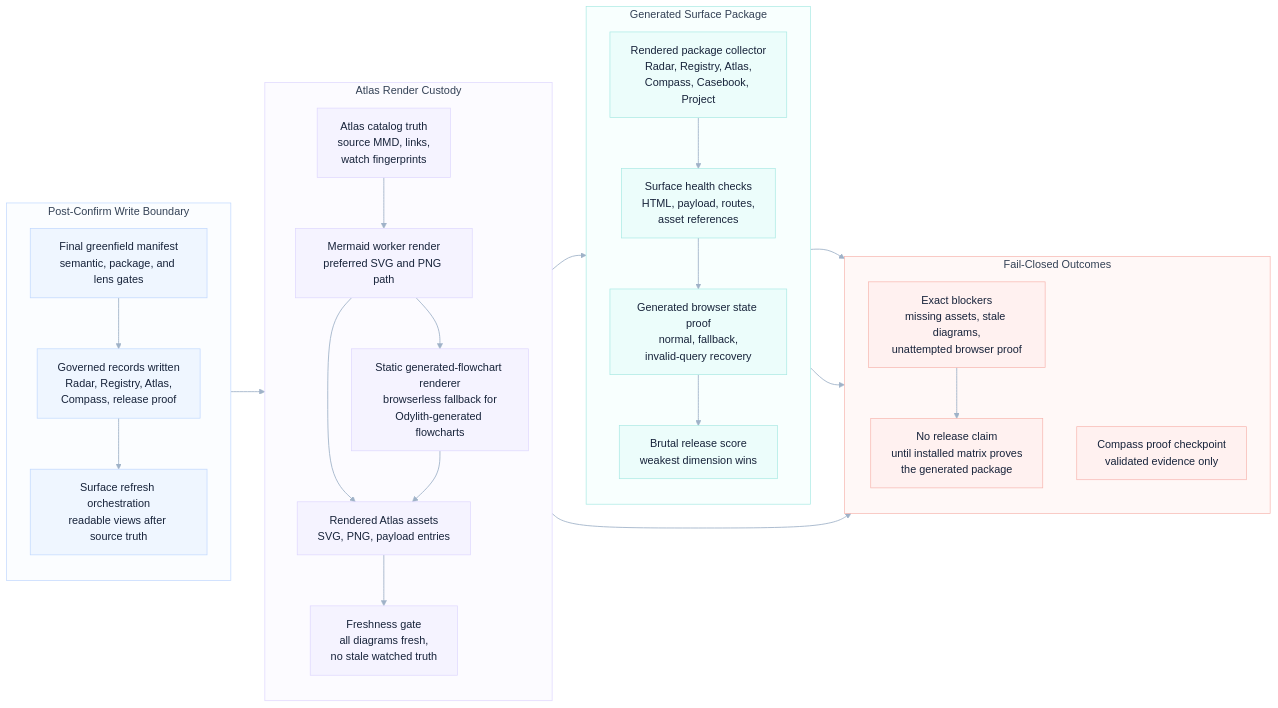
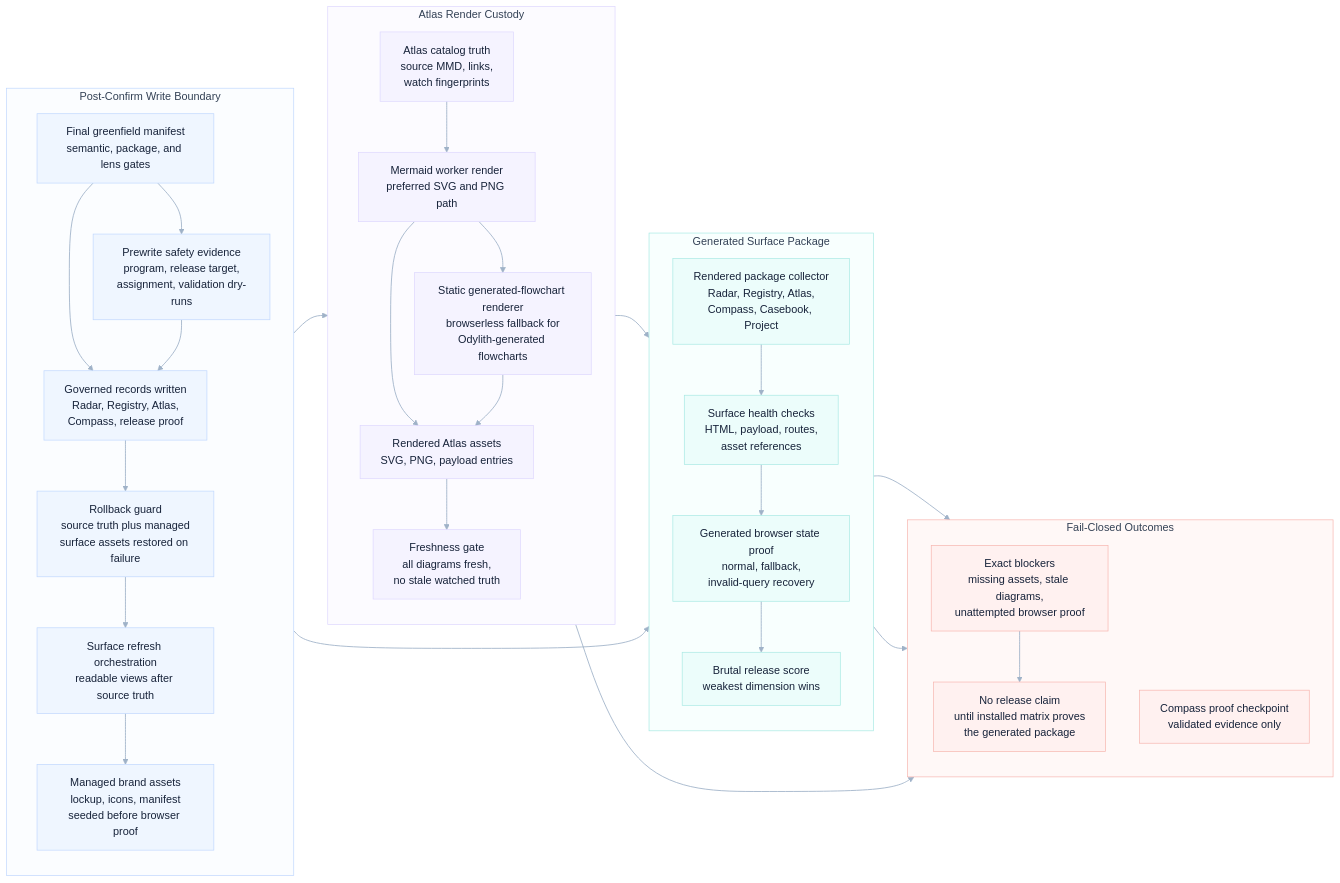
Before and after one commit to odylith/odylith: the diagram in odylith/atlas/source/greenfield-rendered-surface-and-static-atlas-custody.mmd, drawn with Mermaid (forest theme). The commit also changed 96 other files, not shown here.

```diff
--- a/odylith/atlas/source/greenfield-rendered-surface-and-static-atlas-custody.mmd
+++ b/odylith/atlas/source/greenfield-rendered-surface-and-static-atlas-custody.mmd
@@ -1,63 +1,71 @@
 flowchart LR
     subgraph write_lane["Post-Confirm Write Boundary"]
       direction TB
       final_manifest["Final greenfield manifest<br/>semantic, package, and lens gates"]
+      prewrite_safety["Prewrite safety evidence<br/>program, release target,<br/>assignment, validation dry-runs"]
       governed_write["Governed records written<br/>Radar, Registry, Atlas,<br/>Compass, release proof"]
+      rollback_guard["Rollback guard<br/>source truth plus managed<br/>surface assets restored on failure"]
       dashboard_refresh["Surface refresh orchestration<br/>readable views after source truth"]
+      brand_assets["Managed brand assets<br/>lockup, icons, manifest<br/>seeded before browser proof"]
     end
 
     subgraph atlas_lane["Atlas Render Custody"]
       direction TB
       catalog_truth["Atlas catalog truth<br/>source MMD, links,<br/>watch fingerprints"]
       mermaid_worker["Mermaid worker render<br/>preferred SVG and PNG path"]
       static_renderer["Static generated-flowchart renderer<br/>browserless fallback for<br/>Odylith-generated flowcharts"]
       rendered_assets["Rendered Atlas assets<br/>SVG, PNG, payload entries"]
       freshness_gate["Freshness gate<br/>all diagrams fresh,<br/>no stale watched truth"]
     end
 
     subgraph surface_lane["Generated Surface Package"]
       direction TB
       rendered_package["Rendered package collector<br/>Radar, Registry, Atlas,<br/>Compass, Casebook, Project"]
       surface_health["Surface health checks<br/>HTML, payload, routes,<br/>asset references"]
       browser_state["Generated browser state proof<br/>normal, fallback,<br/>invalid-query recovery"]
       hard_score["Brutal release score<br/>weakest dimension wins"]
     end
 
     subgraph blocker_lane["Fail-Closed Outcomes"]
       direction TB
       exact_blockers["Exact blockers<br/>missing assets, stale diagrams,<br/>unattempted browser proof"]
       no_release_claim["No release claim<br/>until installed matrix proves<br/>the generated package"]
       proof_checkpoint["Compass proof checkpoint<br/>validated evidence only"]
     end
 
     final_manifest --> governed_write
-    governed_write --> dashboard_refresh
+    final_manifest --> prewrite_safety
+    prewrite_safety --> governed_write
+    governed_write --> rollback_guard
+    rollback_guard --> dashboard_refresh
+    dashboard_refresh --> brand_assets
+    brand_assets --> surface_health
     dashboard_refresh --> catalog_truth
     catalog_truth --> mermaid_worker
     mermaid_worker --> rendered_assets
     mermaid_worker --> static_renderer
     static_renderer --> rendered_assets
     rendered_assets --> freshness_gate
     freshness_gate --> rendered_package
     rendered_package --> surface_health
     surface_health --> browser_state
     browser_state --> hard_score
     hard_score --> proof_checkpoint
     freshness_gate --> exact_blockers
     surface_health --> exact_blockers
     exact_blockers --> no_release_claim
 
     classDef write fill:#EFF6FF,stroke:#BFD7FE,color:#17233A,stroke-width:1px;
     classDef atlas fill:#F5F3FF,stroke:#DDD6FE,color:#17233A,stroke-width:1px;
     classDef surface fill:#ECFDFB,stroke:#A7E9E3,color:#17233A,stroke-width:1px;
     classDef blocker fill:#FFF1F0,stroke:#F7B4AE,color:#17233A,stroke-width:1px;
-    class final_manifest,governed_write,dashboard_refresh write;
+    class final_manifest,prewrite_safety,governed_write,rollback_guard,dashboard_refresh,brand_assets write;
     class catalog_truth,mermaid_worker,static_renderer,rendered_assets,freshness_gate atlas;
     class rendered_package,surface_health,browser_state,hard_score surface;
     class exact_blockers,no_release_claim,proof_checkpoint blocker;
 
     style write_lane fill:#FBFDFF,stroke:#BFD7FE,stroke-width:1px,color:#334155
     style atlas_lane fill:#FCFBFF,stroke:#DDD6FE,stroke-width:1px,color:#334155
     style surface_lane fill:#F8FFFE,stroke:#A7E9E3,stroke-width:1px,color:#334155
     style blocker_lane fill:#FFF8F7,stroke:#F7B4AE,stroke-width:1px,color:#334155
     linkStyle default stroke:#9FB2C8,stroke-width:1.25px
```
